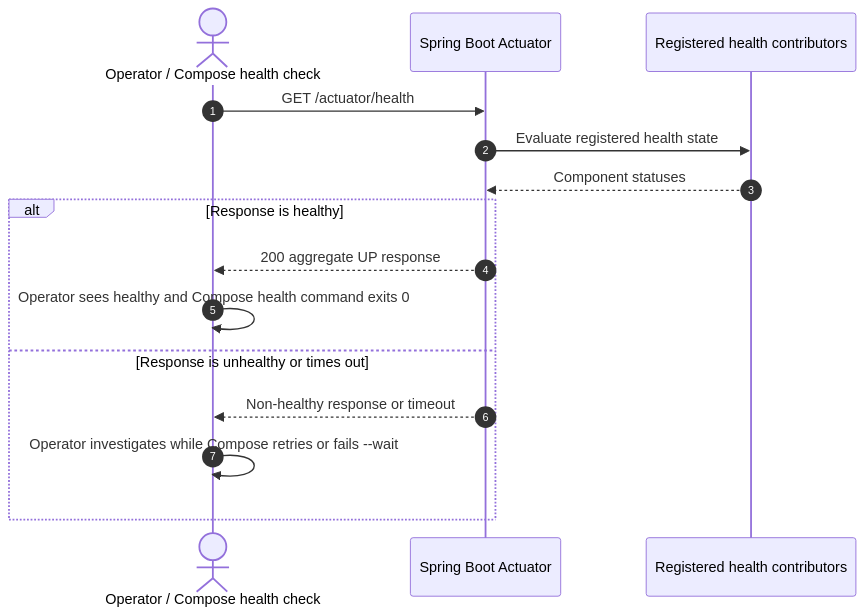
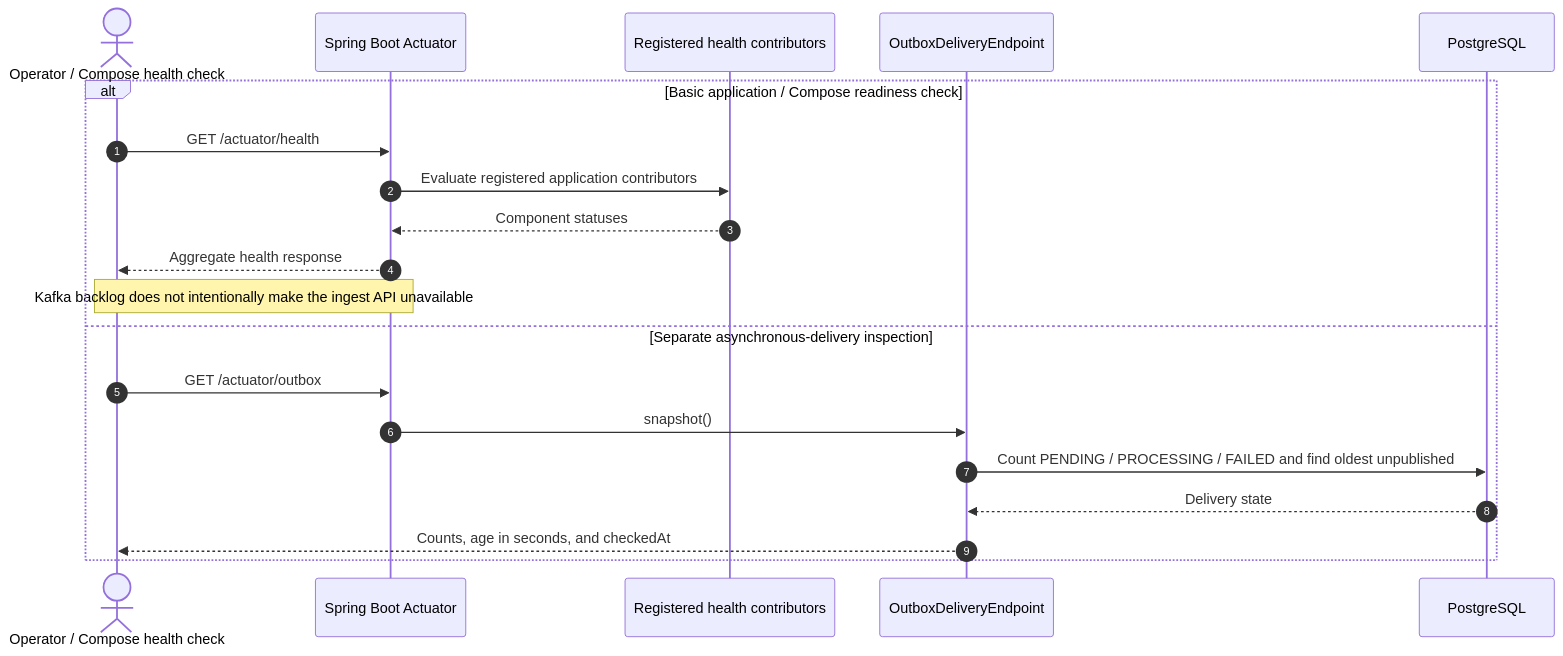
Before and after one commit to tarunngusain08/transaction-outbox-service: the seventh of 16 diagrams in docs/sequence-diagrams.md, drawn with Mermaid. The commit also changed other lines of this file and 62 other files, not shown here.

````diff
--- a/docs/sequence-diagrams.md
+++ b/docs/sequence-diagrams.md
@@ -221,18 +259,23 @@
 ```mermaid
 sequenceDiagram
     autonumber
     actor Probe as Operator / Compose health check
     participant Actuator as Spring Boot Actuator
     participant Indicators as Registered health contributors
+    participant Outbox as OutboxDeliveryEndpoint
+    participant DB as PostgreSQL
 
-    Probe->>Actuator: GET /actuator/health
-    Actuator->>Indicators: Evaluate registered health state
-    Indicators-->>Actuator: Component statuses
-    alt Response is healthy
-        Actuator-->>Probe: 200 aggregate UP response
-        Probe->>Probe: Operator sees healthy and Compose health command exits 0
-    else Response is unhealthy or times out
-        Actuator-->>Probe: Non-healthy response or timeout
-        Probe->>Probe: Operator investigates while Compose retries or fails --wait
+    alt Basic application / Compose readiness check
+        Probe->>Actuator: GET /actuator/health
+        Actuator->>Indicators: Evaluate registered application contributors
+        Indicators-->>Actuator: Component statuses
+        Actuator-->>Probe: Aggregate health response
+        Note over Probe,Actuator: Kafka backlog does not intentionally make the ingest API unavailable
+    else Separate asynchronous-delivery inspection
+        Probe->>Actuator: GET /actuator/outbox
+        Actuator->>Outbox: snapshot()
+        Outbox->>DB: Count PENDING / PROCESSING / FAILED and find oldest unpublished
+        DB-->>Outbox: Delivery state
+        Outbox-->>Probe: Counts, age in seconds, and checkedAt
     end
 ```
````
